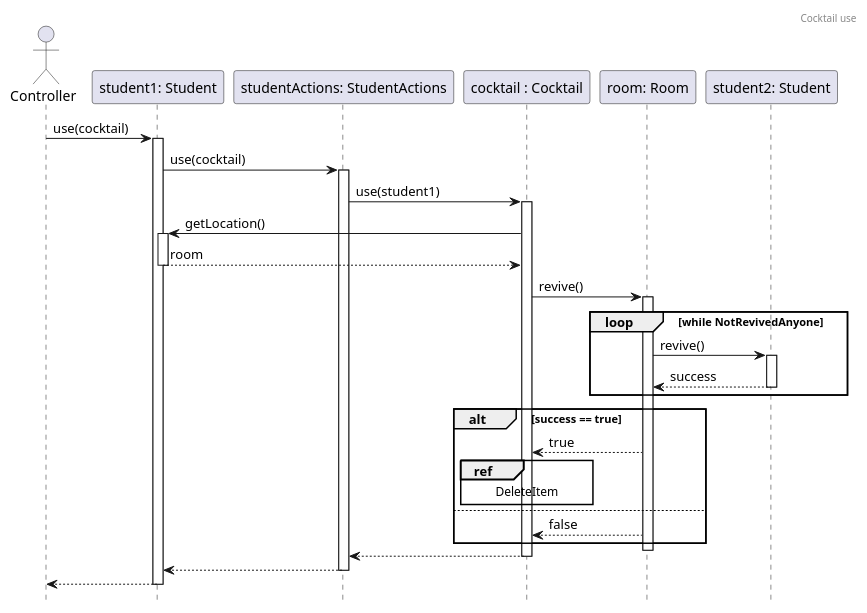
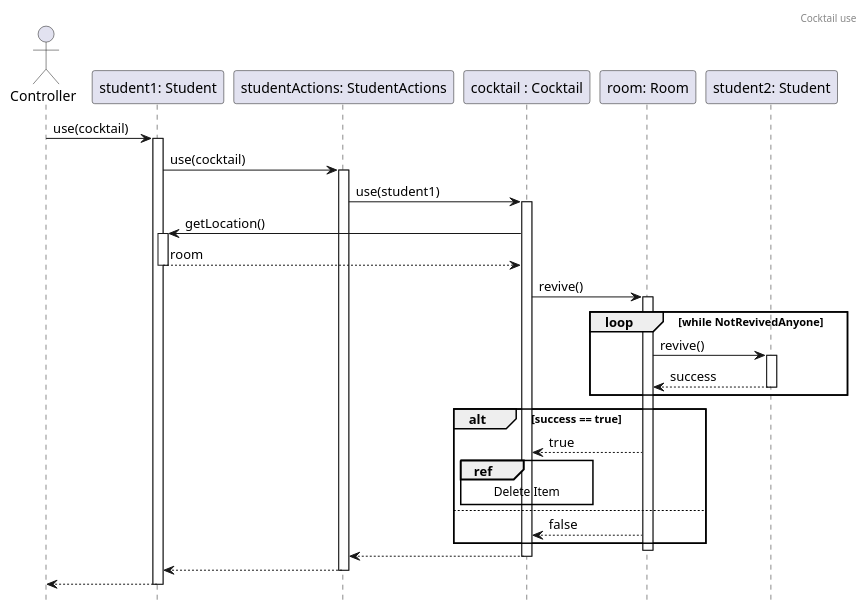
One commit to Kristof-me/Logarlec changed the diagram in docs/sequence/items/CocktailUse.puml. Above: the diagram before and after it, drawn with PlantUML. The commit also changed 7 other files, not shown here.

Commit message:
Checked Sequence 02-05

```diff
--- a/docs/sequence/items/CocktailUse.puml
+++ b/docs/sequence/items/CocktailUse.puml
@@ -1,52 +1,52 @@
 @startuml CocktailUse
 header Cocktail use
 hide footbox
 
 actor Controller
 participant Student as "student1: Student"
 participant StudentActions as "studentActions: StudentActions"
 participant Cocktail as "cocktail : Cocktail"
 participant Room as "room: Room"
 participant Student2 as "student2: Student"
 
 Controller -> Student: use(cocktail)
 activate Student
 
 Student -> StudentActions: use(cocktail)
 activate StudentActions
 
 StudentActions -> Cocktail: use(student1)
 activate Cocktail
 
 Cocktail -> Student: getLocation()
 activate Student
 
 Student --> Cocktail: room
 deactivate Student
 
 Cocktail -> Room: revive()
 activate Room
 
 loop while NotRevivedAnyone
     Room -> Student2: revive()
     activate Student2
     Student2 --> Room: success
     deactivate Student2
 end
 
 alt success == true
     Room --> Cocktail: true
-    ref over Cocktail: DeleteItem
+    ref over Cocktail: Delete Item
 else 
     Room --> Cocktail: false
 end 
 deactivate Room
 
 Cocktail --> StudentActions
 deactivate Cocktail
 StudentActions --> Student
 deactivate StudentActions
 Student --> Controller
 deactivate Student
 
 @enduml
```
